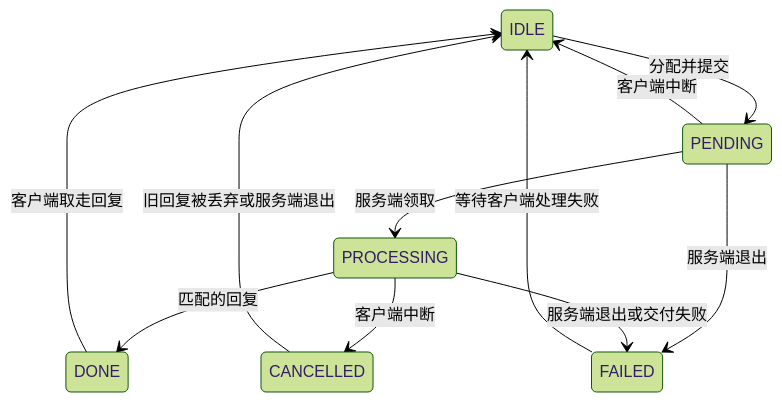
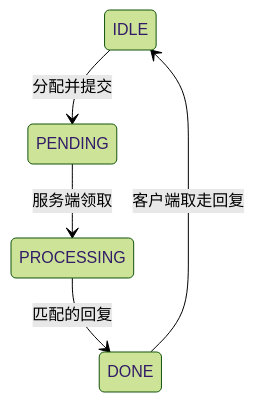
The first of 2 diagrams in docs/02-transaction/2.7-concurrent-transactions.md (kobewang126/BinderABC-V3), drawn with Mermaid (forest theme) before and after one commit. The commit also changed other lines of this file, not shown here.

````diff
--- a/docs/02-transaction/2.7-concurrent-transactions.md
+++ b/docs/02-transaction/2.7-concurrent-transactions.md
@@ -83,13 +83,7 @@
 ```mermaid
 stateDiagram-v2
     IDLE --> PENDING: 分配并提交
     PENDING --> PROCESSING: 服务端领取
     PROCESSING --> DONE: 匹配的回复
     DONE --> IDLE: 客户端取走回复
-    PENDING --> IDLE: 客户端中断
-    PROCESSING --> CANCELLED: 客户端中断
-    CANCELLED --> IDLE: 旧回复被丢弃或服务端退出
-    PENDING --> FAILED: 服务端退出
-    PROCESSING --> FAILED: 服务端退出或交付失败
-    FAILED --> IDLE: 等待客户端处理失败
 ```
````
